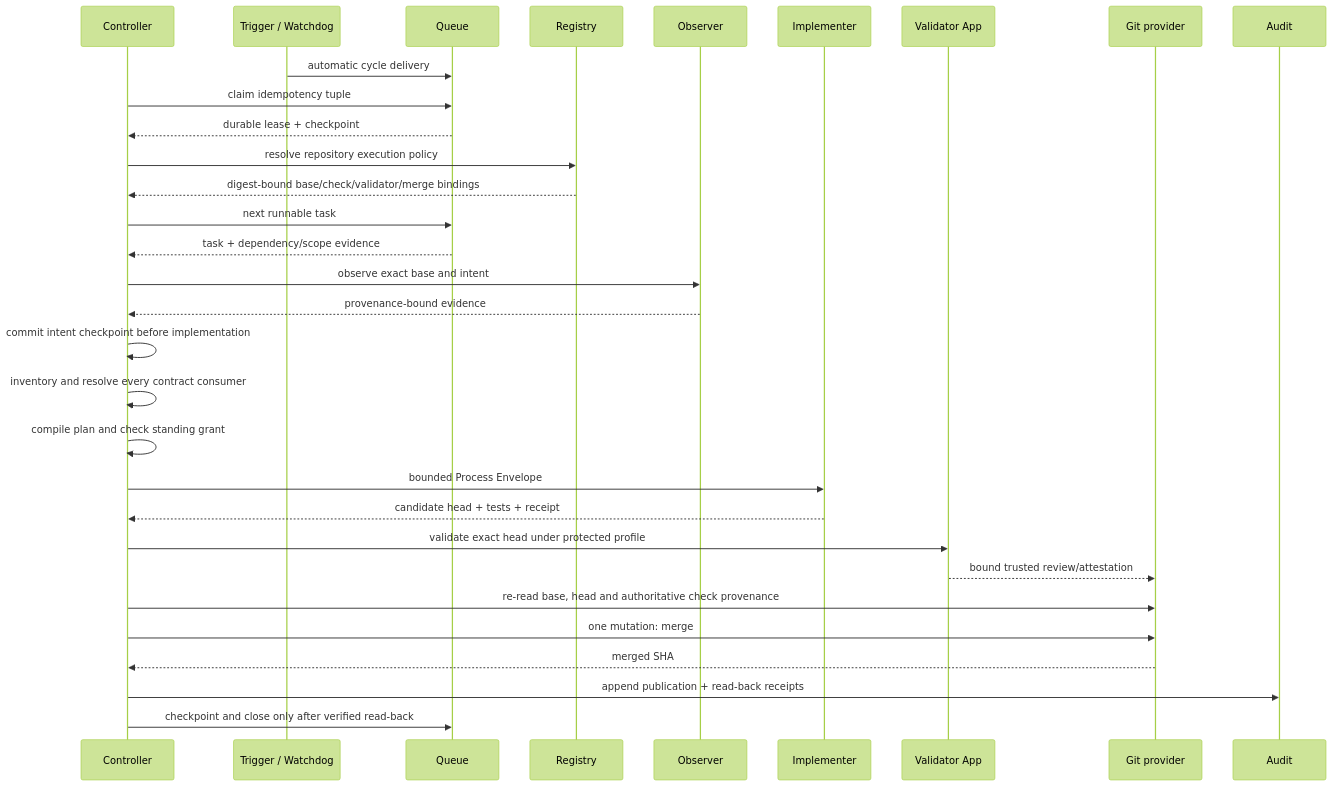
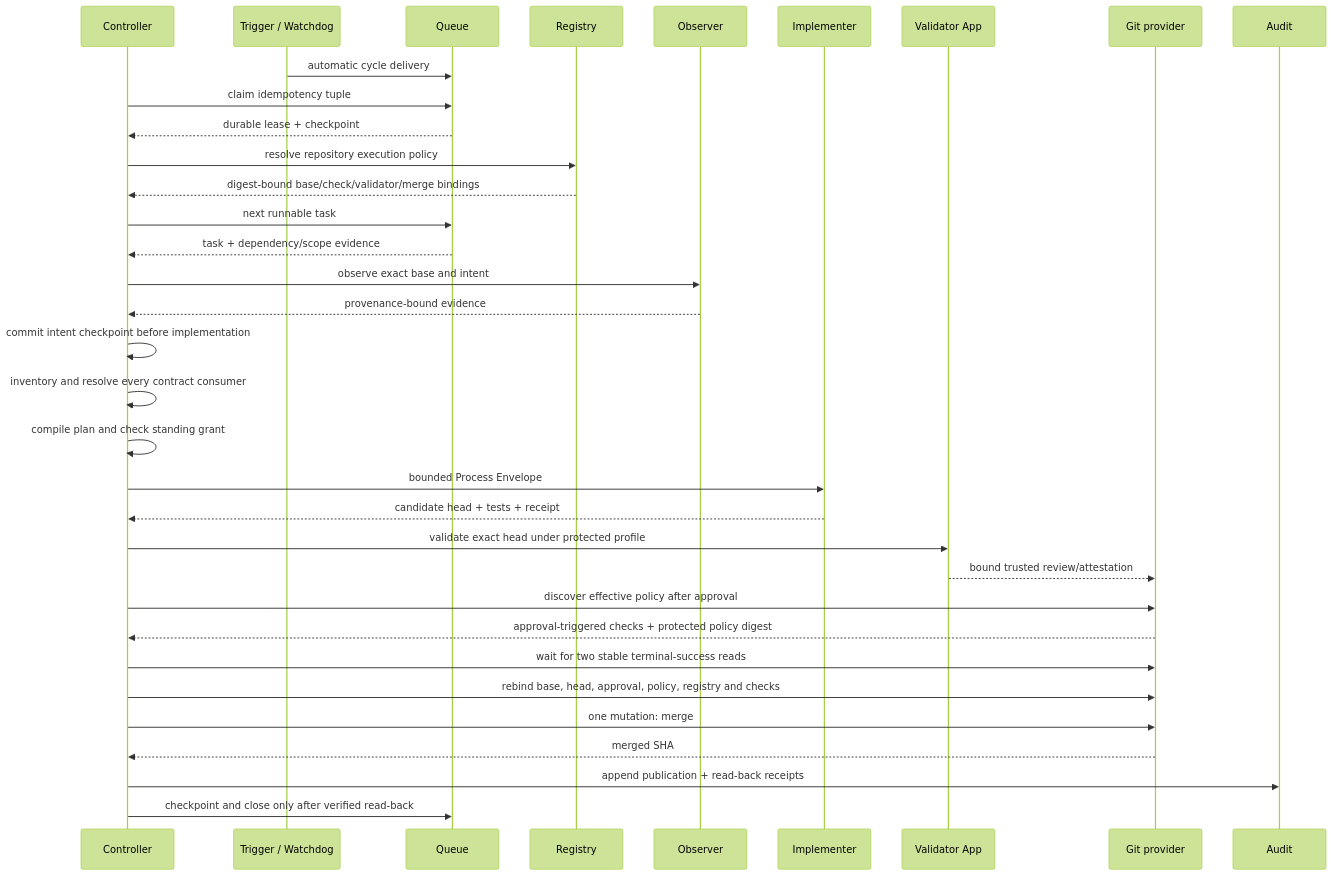
One commit to wellmanifest/autonomy changed the second of 2 diagrams in docs/LOGIC_FLOW.md. Above: the diagram before and after it, drawn with Mermaid (forest theme). The commit also changed other lines of this file and 14 other files, not shown here.

````diff
--- a/docs/LOGIC_FLOW.md
+++ b/docs/LOGIC_FLOW.md
@@ -78,34 +84,37 @@
 ```mermaid
 sequenceDiagram
     participant C as Controller
     participant T as Trigger / Watchdog
     participant Q as Queue
     participant R as Registry
     participant O as Observer
     participant I as Implementer
     participant V as Validator App
     participant G as Git provider
     participant A as Audit
 
     T->>Q: automatic cycle delivery
     C->>Q: claim idempotency tuple
     Q-->>C: durable lease + checkpoint
     C->>R: resolve repository execution policy
     R-->>C: digest-bound base/check/validator/merge bindings
     C->>Q: next runnable task
     Q-->>C: task + dependency/scope evidence
     C->>O: observe exact base and intent
     O-->>C: provenance-bound evidence
     C->>C: commit intent checkpoint before implementation
     C->>C: inventory and resolve every contract consumer
     C->>C: compile plan and check standing grant
     C->>I: bounded Process Envelope
     I-->>C: candidate head + tests + receipt
     C->>V: validate exact head under protected profile
     V-->>G: bound trusted review/attestation
-    C->>G: re-read base, head and authoritative check provenance
+    C->>G: discover effective policy after approval
+    G-->>C: approval-triggered checks + protected policy digest
+    C->>G: wait for two stable terminal-success reads
+    C->>G: rebind base, head, approval, policy, registry and checks
     C->>G: one mutation: merge
     G-->>C: merged SHA
     C->>A: append publication + read-back receipts
     C->>Q: checkpoint and close only after verified read-back
 ```
````
